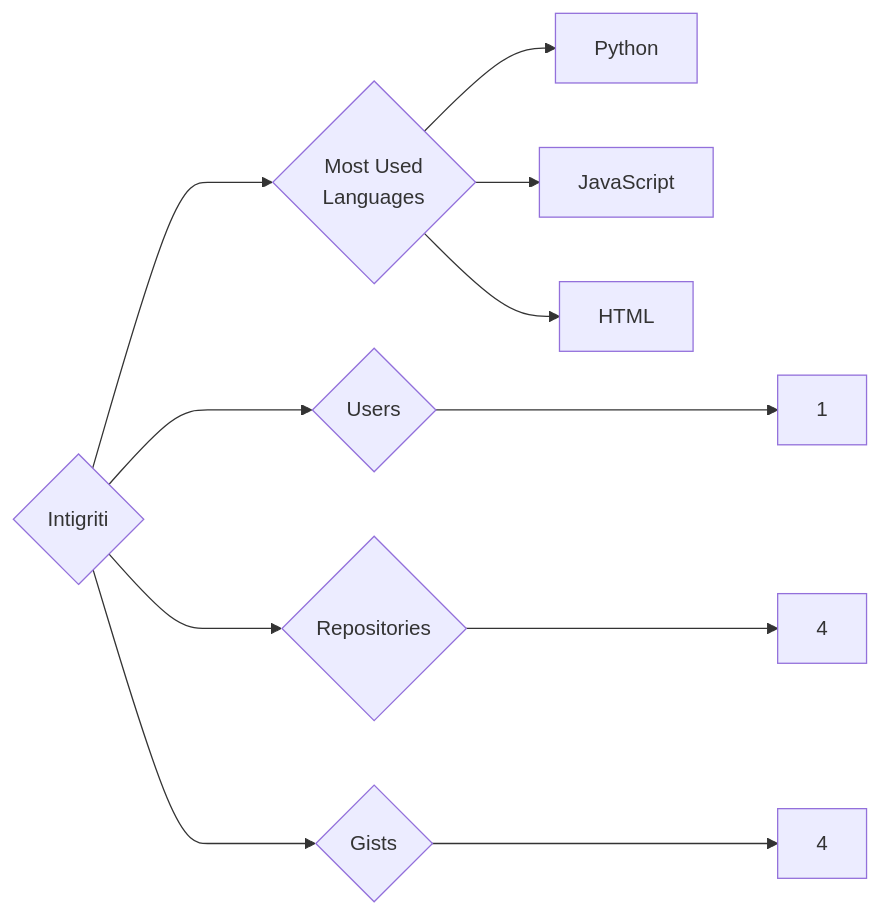
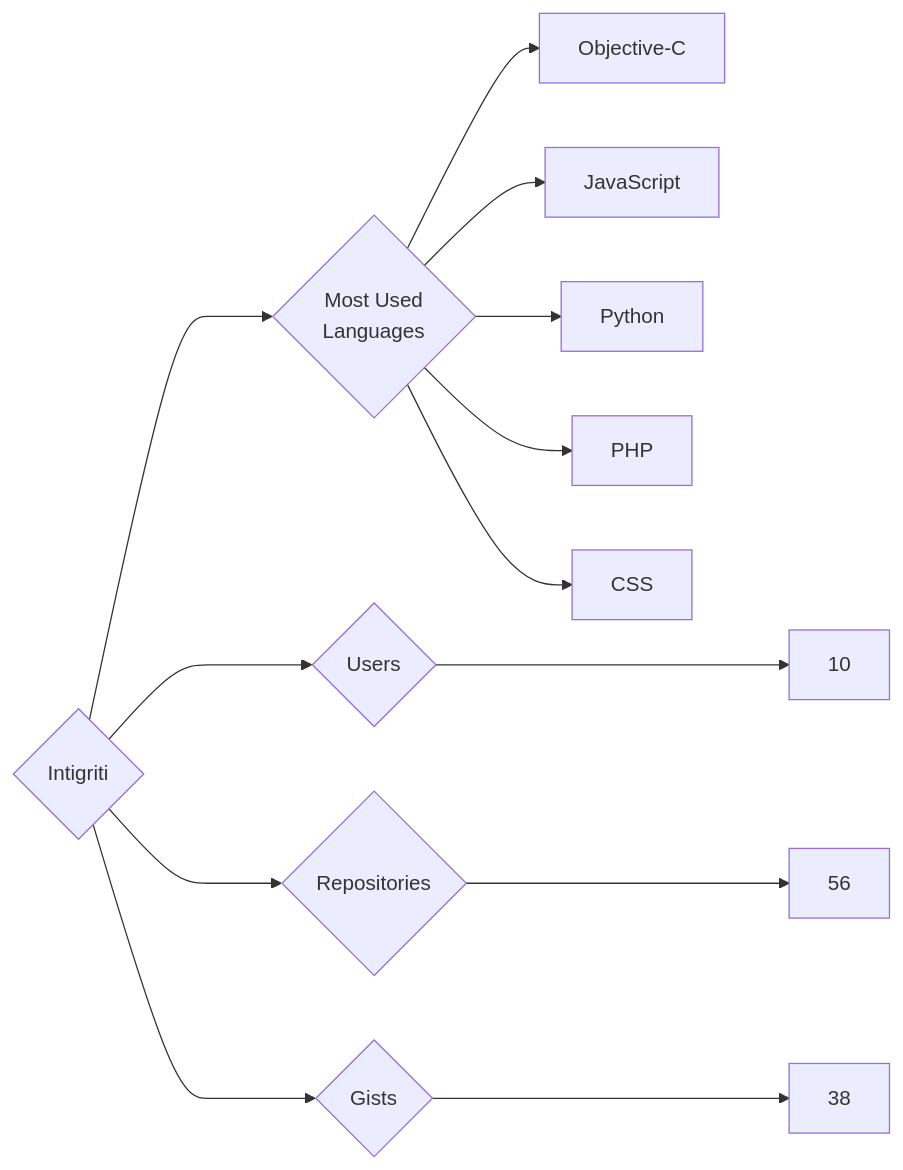
Before and after one commit to trickest/insiders: the diagram in targets/Intigriti/README.md, drawn with Mermaid. The commit also changed 757 other files, not shown here.

````diff
--- a/targets/Intigriti/README.md
+++ b/targets/Intigriti/README.md
@@ -3,11 +3,13 @@
 ```mermaid
 graph LR
 COMPANY_NAME{Intigriti}
-COMPANY_NAME ---> U{Users} ---> UN[1]
-COMPANY_NAME ---> R{Repositories} ---> RN[4]
-COMPANY_NAME ---> G{Gists} ---> GN[4]
+COMPANY_NAME ---> U{Users} ---> UN[10]
+COMPANY_NAME ---> R{Repositories} ---> RN[56]
+COMPANY_NAME ---> G{Gists} ---> GN[38]
 COMPANY_NAME ---> ML{Most Used<br>Languages}
+ML --> Objective-C[Objective-C]
+ML --> JavaScript[JavaScript]
 ML --> Python[Python]
-ML --> JavaScript[JavaScript]
-ML --> HTML[HTML]
+ML --> PHP[PHP]
+ML --> CSS[CSS]
 ```
````
